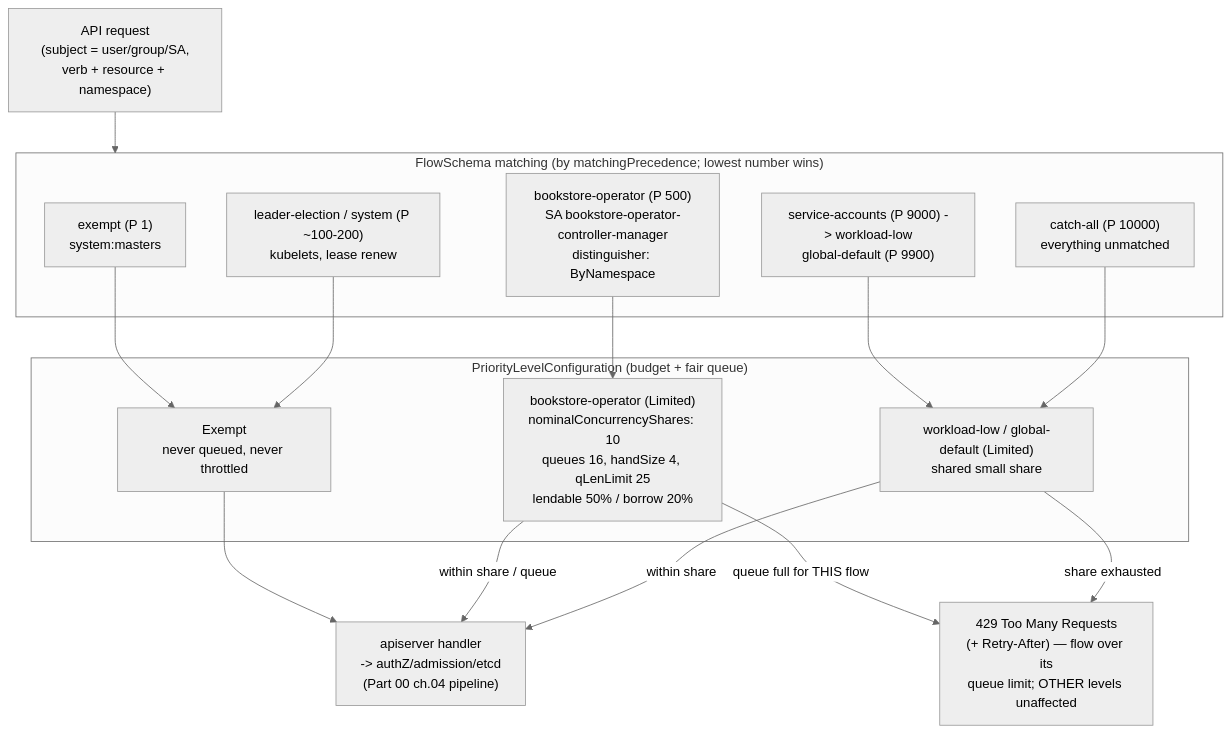
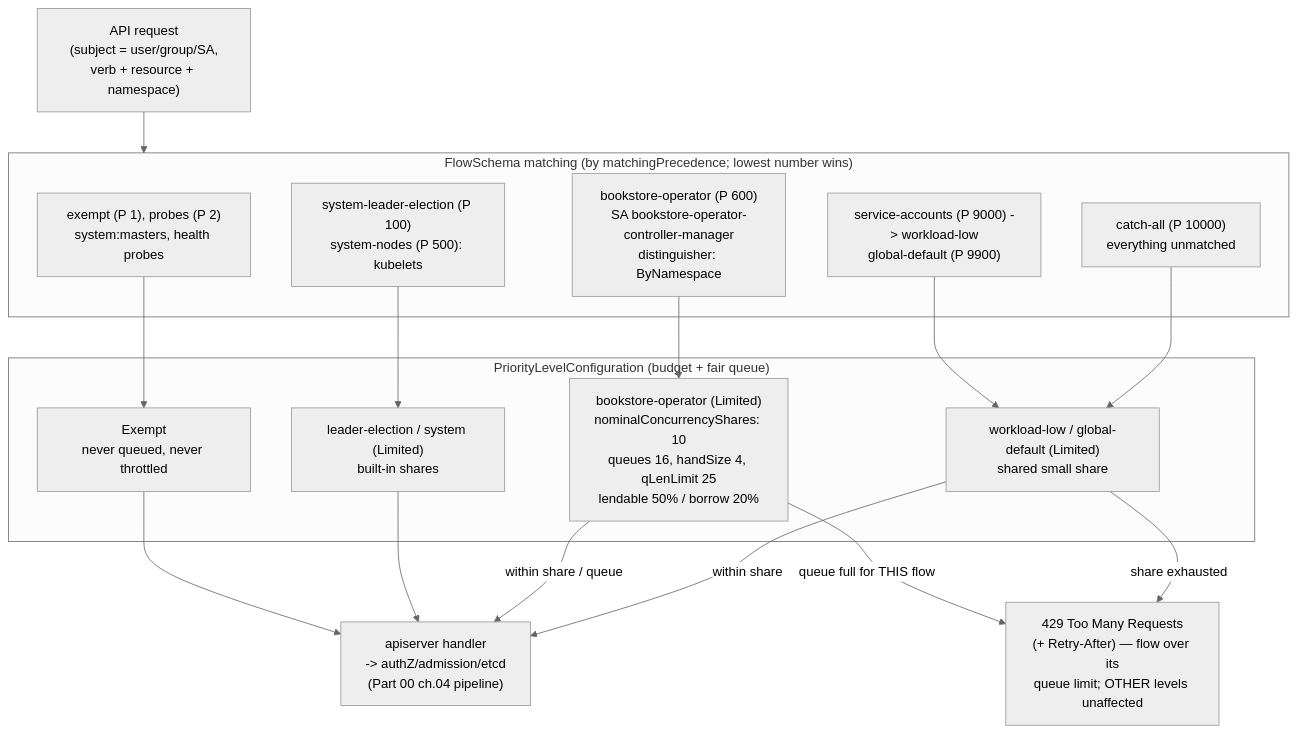
Before and after one commit to abd-ulbasit/bookstore-kubernetes-guide: the diagram in full-guide/11-advanced-production-patterns/03-api-priority-and-fairness.md, drawn with Mermaid (neutral theme). The commit also changed other lines of this file and 3 other files, not shown here.

````diff
--- a/full-guide/11-advanced-production-patterns/03-api-priority-and-fairness.md
+++ b/full-guide/11-advanced-production-patterns/03-api-priority-and-fairness.md
@@ -133,30 +155,32 @@
 ```mermaid
 flowchart TB
     req["API request<br/>(subject = user/group/SA,<br/>verb + resource + namespace)"]
     subgraph fs["FlowSchema matching (by matchingPrecedence; lowest number wins)"]
-      f1["exempt (P 1)<br/>system:masters"]
-      f2["leader-election / system (P ~100-200)<br/>kubelets, lease renew"]
-      fb["bookstore-operator (P 500)<br/>SA bookstore-operator-controller-manager<br/>distinguisher: ByNamespace"]
+      f1["exempt (P 1), probes (P 2)<br/>system:masters, health probes"]
+      f2["system-leader-election (P 100)<br/>system-nodes (P 500): kubelets"]
+      fb["bookstore-operator (P 600)<br/>SA bookstore-operator-controller-manager<br/>distinguisher: ByNamespace"]
       f9["service-accounts (P 9000) -&gt; workload-low<br/>global-default (P 9900)"]
       fc["catch-all (P 10000)<br/>everything unmatched"]
     end
     subgraph pl["PriorityLevelConfiguration (budget + fair queue)"]
       pe["Exempt<br/>never queued, never throttled"]
+      ps["leader-election / system (Limited)<br/>built-in shares"]
       pb["bookstore-operator (Limited)<br/>nominalConcurrencyShares: 10<br/>queues 16, handSize 4, qLenLimit 25<br/>lendable 50% / borrow 20%"]
       pw["workload-low / global-default (Limited)<br/>shared small share"]
     end
     handler["apiserver handler<br/>-> authZ/admission/etcd<br/>(Part 00 ch.04 pipeline)"]
     r429["429 Too Many Requests<br/>(+ Retry-After) — flow over its<br/>queue limit; OTHER levels unaffected"]
 
     req --> fs
     f1 --> pe
-    f2 --> pe
+    f2 --> ps
     fb --> pb
     f9 --> pw
     fc --> pw
     pe --> handler
+    ps --> handler
     pb -->|"within share / queue"| handler
     pb -->|"queue full for THIS flow"| r429
     pw -->|"within share"| handler
     pw -->|"share exhausted"| r429
 ```
````
